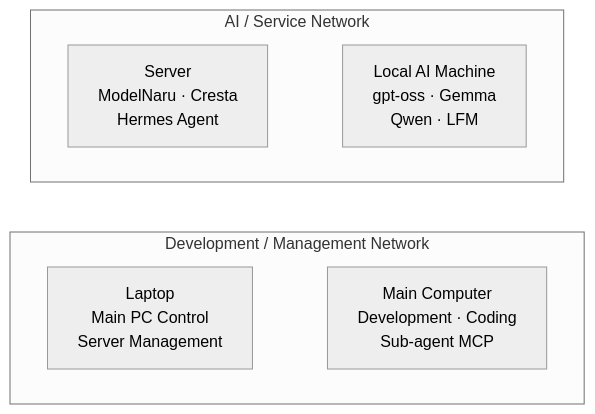
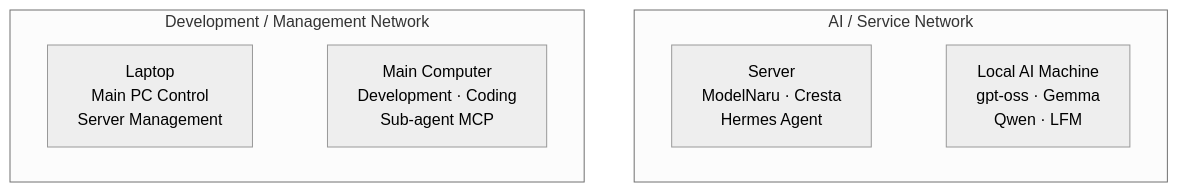
One commit to totjae/portfolio changed the diagram in README.md. Above: the diagram before and after it, drawn with Mermaid (neutral theme).

Commit message:
Align infrastructure networks horizontally

````diff
--- a/README.md
+++ b/README.md
@@ -33,18 +33,18 @@
 ```mermaid
-flowchart TB
+flowchart LR
+    subgraph NET_DEV["Development / Management Network"]
+        direction LR
+        LAPTOP["Laptop<br/>Main PC Control<br/>Server Management"]
+        MAIN_PC["Main Computer<br/>Development · Coding<br/>Sub-agent MCP"]
+        LAPTOP ~~~ MAIN_PC
+    end
+
     subgraph NET_AI["AI / Service Network"]
         direction LR
         SERVER["Server<br/>ModelNaru · Cresta<br/>Hermes Agent"]
         LOCAL_AI["Local AI Machine<br/>gpt-oss · Gemma<br/>Qwen · LFM"]
         SERVER ~~~ LOCAL_AI
     end
 
-    subgraph NET_DEV["Development / Management Network"]
-        direction LR
-        LAPTOP["Laptop<br/>Main PC Control<br/>Server Management"]
-        MAIN_PC["Main Computer<br/>Development · Coding<br/>Sub-agent MCP"]
-        LAPTOP ~~~ MAIN_PC
-    end
-
-    SERVER ~~~ LAPTOP
+    NET_DEV ~~~ NET_AI
 ```
````
